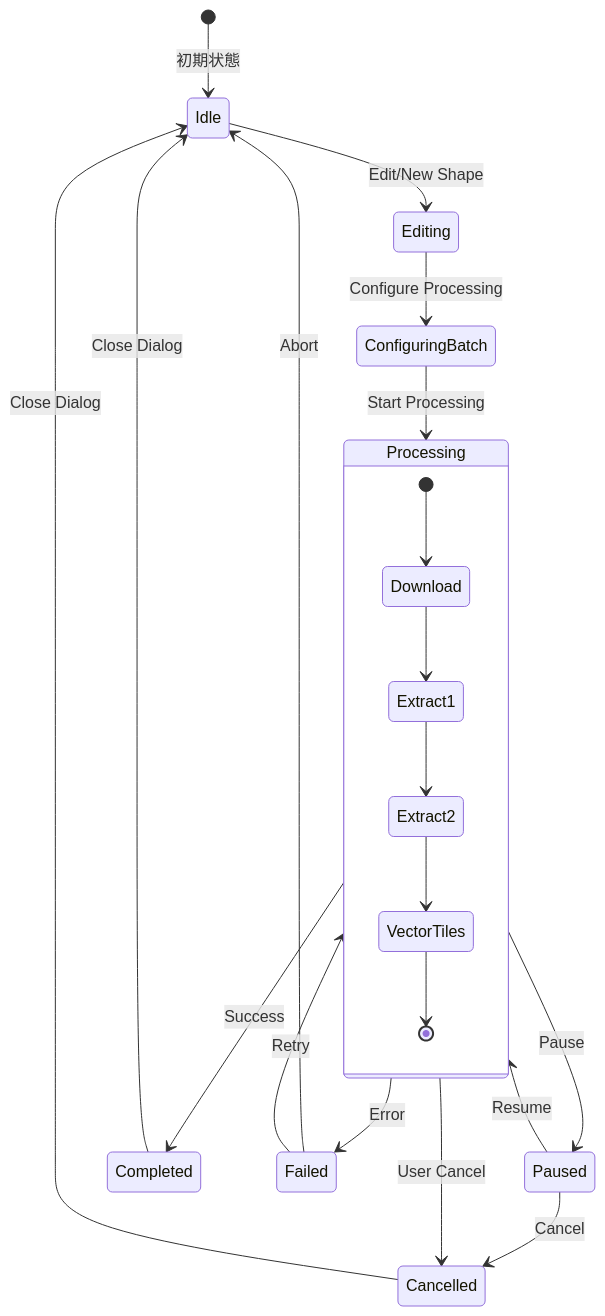
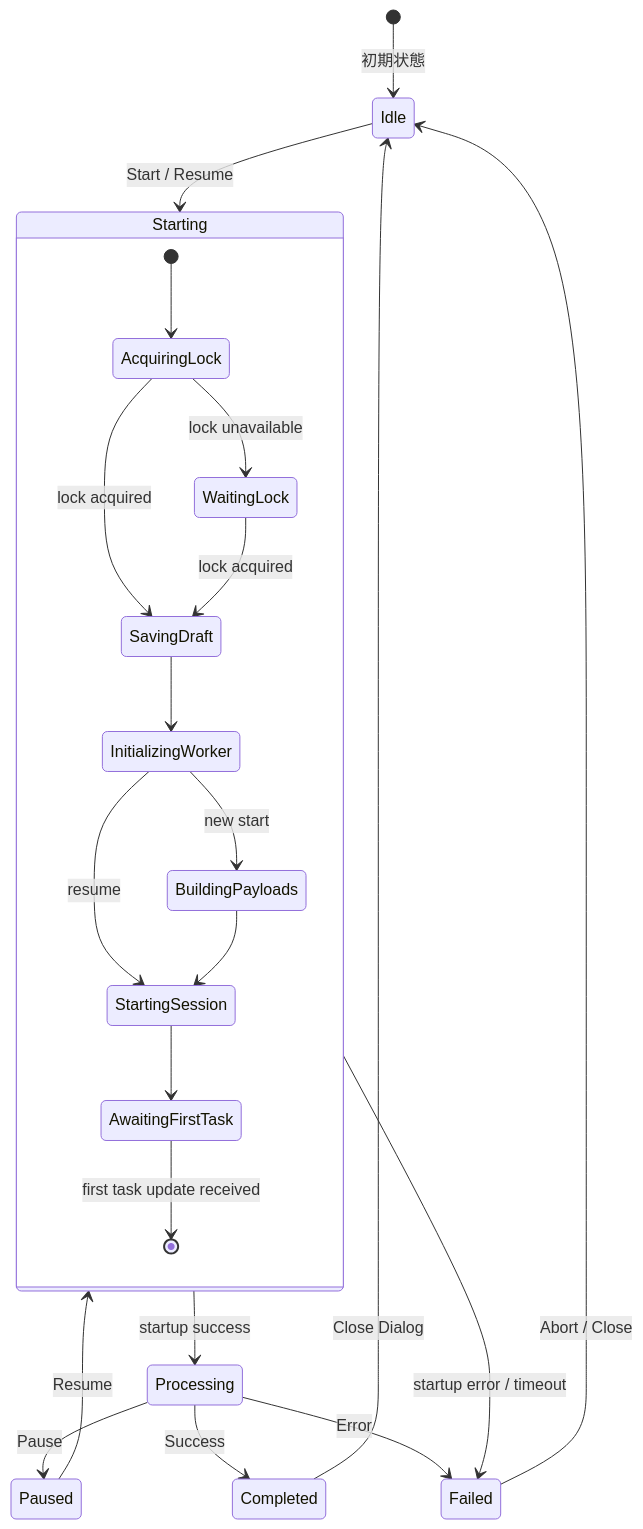
One commit to kubohiroya/hierarchidb changed the first of 2 diagrams in plugins/shape-plugin/docs/DIALOG_FLOW_AND_STATE_TRANSITIONS.md. Above: the diagram before and after it, drawn with Mermaid. The commit also changed other lines of this file and 1 other file, not shown here.

Commit message:
Update TASKS log for shape docs task

````diff
--- a/plugins/shape-plugin/docs/DIALOG_FLOW_AND_STATE_TRANSITIONS.md
+++ b/plugins/shape-plugin/docs/DIALOG_FLOW_AND_STATE_TRANSITIONS.md
@@ -38,29 +38,27 @@
 ```mermaid
 stateDiagram-v2
     [*] --> Idle: 初期状態
-    
-    Idle --> Editing: Edit/New Shape
-    Editing --> ConfiguringBatch: Configure Processing
-    ConfiguringBatch --> Processing: Start Processing
-    
+    Idle --> Starting: Start / Resume
+
+    state Starting {
+        [*] --> AcquiringLock
+        AcquiringLock --> WaitingLock: lock unavailable
+        AcquiringLock --> SavingDraft: lock acquired
+        WaitingLock --> SavingDraft: lock acquired
+        SavingDraft --> InitializingWorker
+        InitializingWorker --> BuildingPayloads: new start
+        InitializingWorker --> StartingSession: resume
+        BuildingPayloads --> StartingSession
+        StartingSession --> AwaitingFirstTask
+        AwaitingFirstTask --> [*]: first task update received
+    }
+
+    Starting --> Processing: startup success
+    Starting --> Failed: startup error / timeout
     Processing --> Paused: Pause
-    Paused --> Processing: Resume
+    Paused --> Starting: Resume
     Processing --> Completed: Success
     Processing --> Failed: Error
-    Processing --> Cancelled: User Cancel
-    
-    Paused --> Cancelled: Cancel
-    Failed --> Processing: Retry
-    Failed --> Idle: Abort
-    
     Completed --> Idle: Close Dialog
-    Cancelled --> Idle: Close Dialog
-    
-    state Processing {
-        [*] --> Download
-        Download --> Extract1
-        Extract1 --> Extract2
-        Extract2 --> VectorTiles
-        VectorTiles --> [*]
-    }
+    Failed --> Idle: Abort / Close
 ```
````
